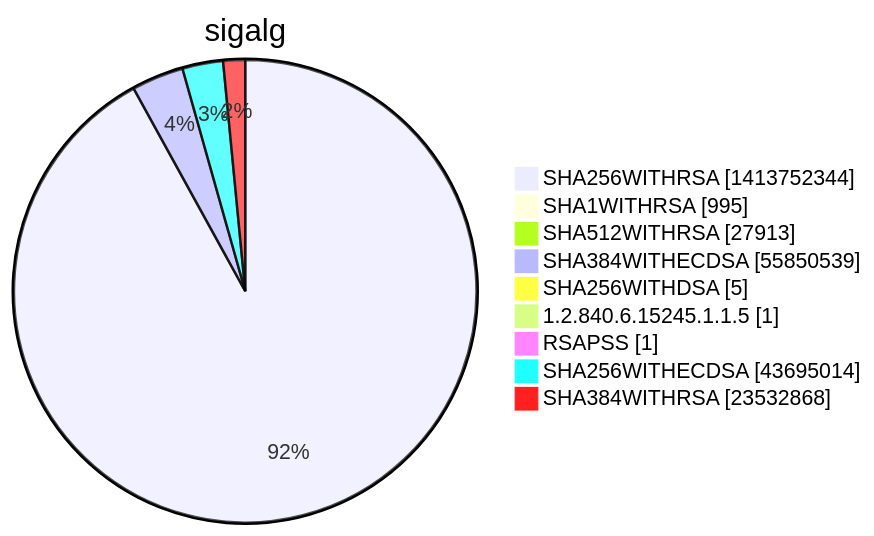
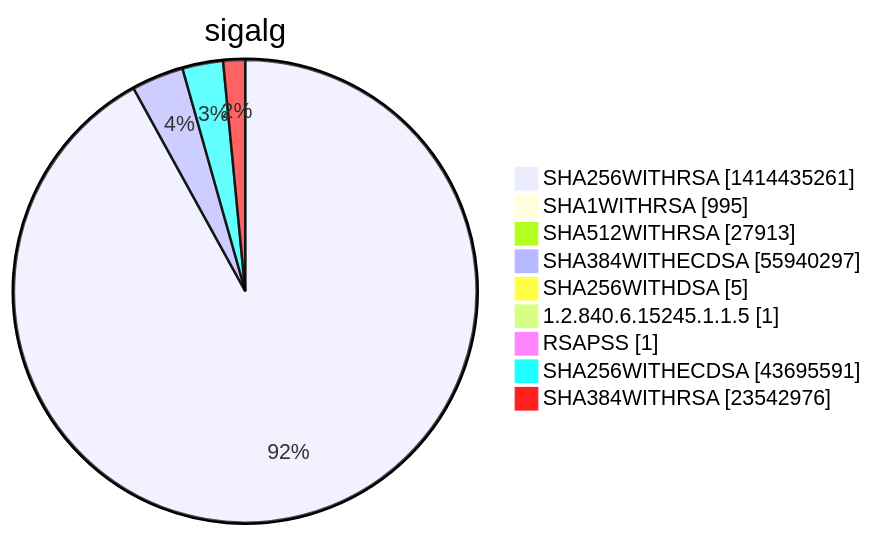
One commit to christiankrug/ctmonitor_visualization changed diagram 15 of 15 in xenon2022/README.md. Above: the diagram before and after it, drawn with Mermaid. The commit also changed other lines of this file, not shown here.

````diff
--- a/xenon2022/README.md
+++ b/xenon2022/README.md
@@ -5858,13 +5858,13 @@
 ```mermaid
 pie showData
 title sigalg
-"SHA256WITHRSA" :1413752344
+"SHA256WITHRSA" :1414435261
 "SHA1WITHRSA" :995
 "SHA512WITHRSA" :27913
-"SHA384WITHECDSA" :55850539
+"SHA384WITHECDSA" :55940297
 "SHA256WITHDSA" :5
 "1.2.840.6.15245.1.1.5" :1
 "RSAPSS" :1
-"SHA256WITHECDSA" :43695014
-"SHA384WITHRSA" :23532868
+"SHA256WITHECDSA" :43695591
+"SHA384WITHRSA" :23542976
 ```
````
